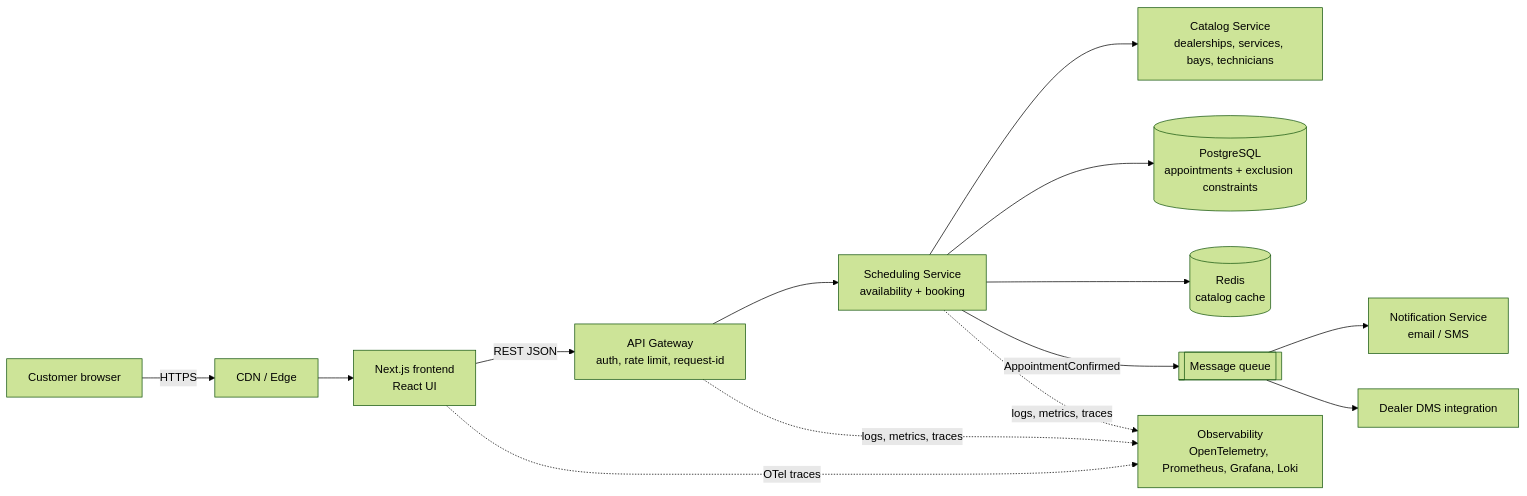
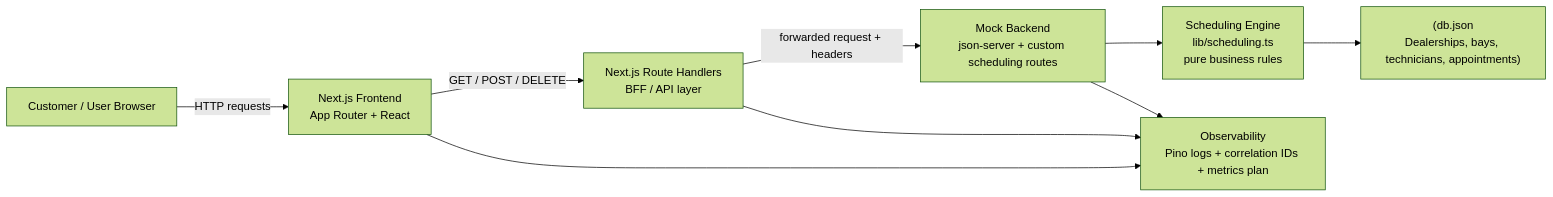
One commit to phuctrank81/scheduler-keyloop changed the diagram in README.md. Above: the diagram before and after it, drawn with Mermaid (forest theme). The commit also changed other lines of this file, not shown here.

Commit message:
Update README.md to reflect the appointment scheduler system design and architecture

````diff
--- a/README.md
+++ b/README.md
@@ -7,16 +21,19 @@
 ```mermaid
 flowchart LR
-  U[Customer browser] -->|HTTPS| CDN[CDN / Edge]
-  CDN --> FE[Next.js frontend<br/>React UI]
-  FE -->|REST JSON| GW[API Gateway<br/>auth, rate limit, request-id]
-  GW --> SCH[Scheduling Service<br/>availability + booking]
-  SCH --> CAT[Catalog Service<br/>dealerships, services, bays, technicians]
-  SCH --> DB[(PostgreSQL<br/>appointments + exclusion constraints)]
-  SCH --> CACHE[(Redis<br/>catalog cache)]
-  SCH -->|AppointmentConfirmed| Q[[Message queue]]
-  Q --> NOTIF[Notification Service<br/>email / SMS]
-  Q --> DMS[Dealer DMS integration]
-  FE -. OTel traces .-> OBS
-  GW -. logs, metrics, traces .-> OBS[Observability<br/>OpenTelemetry, Prometheus, Grafana, Loki]
-  SCH -. logs, metrics, traces .-> OBS
+    User[Customer / User Browser]
+    FE["Next.js Frontend<br/>App Router + React"]
+    BFF["Next.js Route Handlers<br/>BFF / API layer"]
+    API["Mock Backend<br/>json-server + custom scheduling routes"]
+    CORE["Scheduling Engine<br/>lib/scheduling.ts<br/>pure business rules"]
+    DB["(db.json<br/>Dealerships, bays, technicians, appointments)"]
+    OBS["Observability<br/>Pino logs + correlation IDs + metrics plan"]
+
+    User -->|HTTP requests| FE
+    FE -->|GET / POST / DELETE| BFF
+    BFF -->|forwarded request + headers| API
+    API --> CORE
+    CORE --> DB
+    API --> OBS
+    BFF --> OBS
+    FE --> OBS
 ```
````
